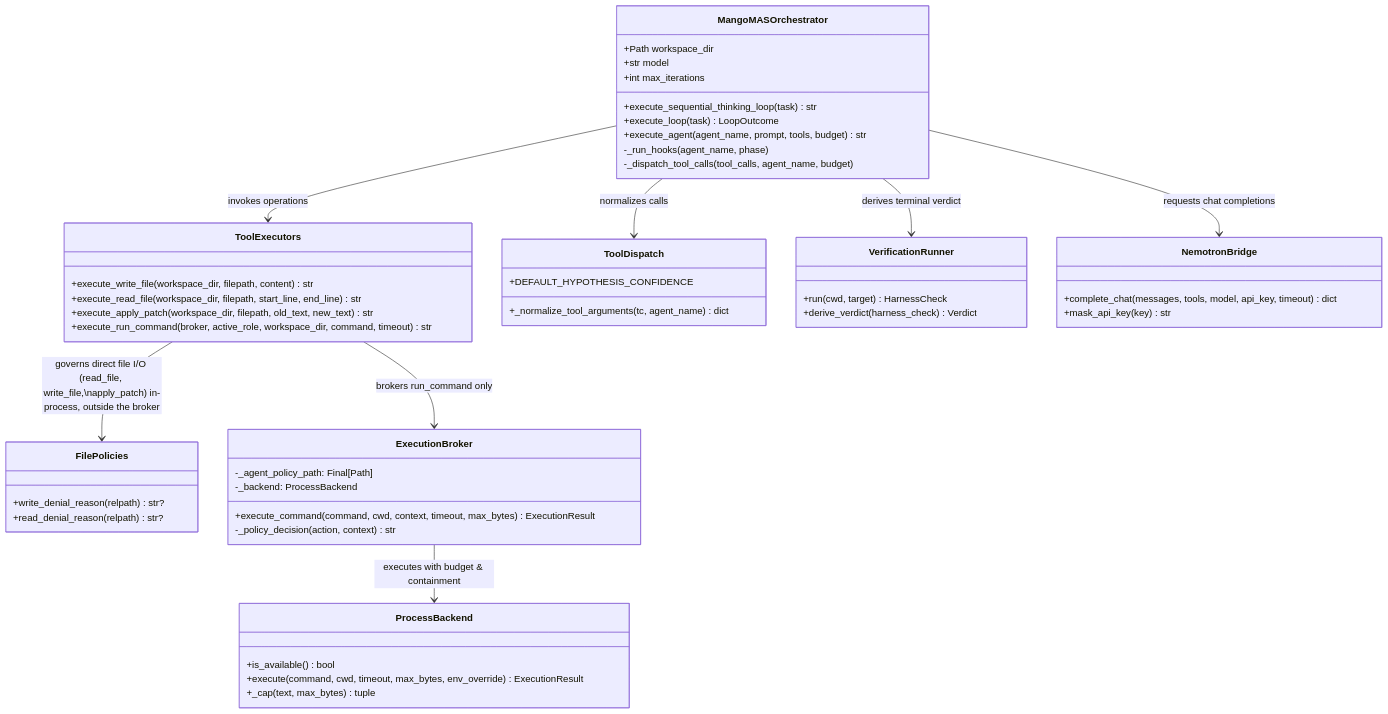
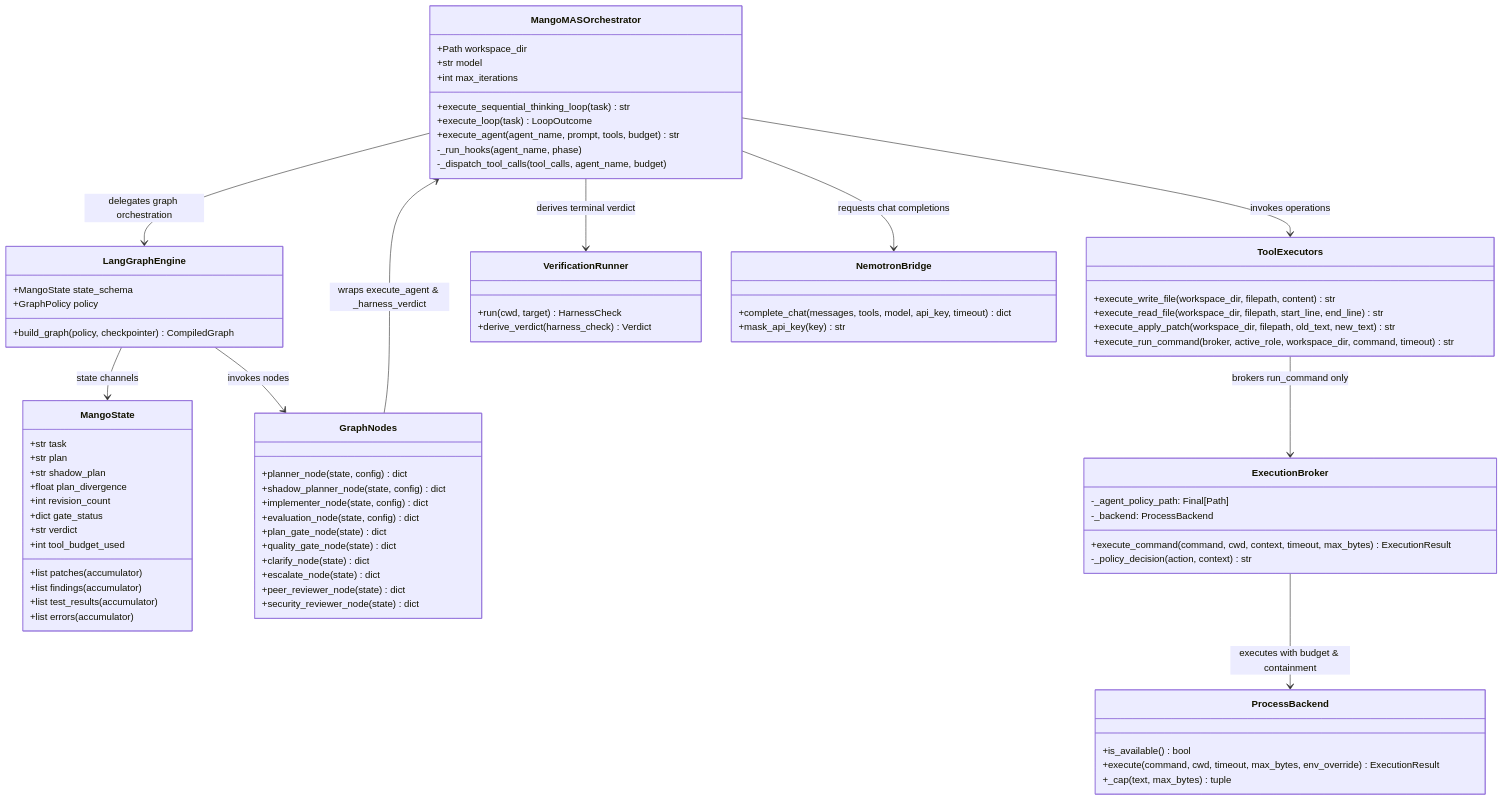
The third of 3 diagrams in docs/architecture/c4_architecture.md (ianshank/Mango_Code_Agent-Harness), drawn with Mermaid before and after one commit. The commit also changed other lines of this file and 27 other files, not shown here.

First line of the commit message:
Add LangGraph StateGraph engine and AQA suite

````diff
--- a/docs/architecture/c4_architecture.md
+++ b/docs/architecture/c4_architecture.md
@@ -112,21 +114,45 @@
         -_dispatch_tool_calls(tool_calls, agent_name, budget)
     }
 
+    class LangGraphEngine {
+        +build_graph(policy, checkpointer) CompiledGraph
+        +MangoState state_schema
+        +GraphPolicy policy
+    }
+
+    class MangoState {
+        +str task
+        +str plan
+        +str shadow_plan
+        +float plan_divergence
+        +int revision_count
+        +dict gate_status
+        +str verdict
+        +int tool_budget_used
+        +list patches (accumulator)
+        +list findings (accumulator)
+        +list test_results (accumulator)
+        +list errors (accumulator)
+    }
+
+    class GraphNodes {
+        +planner_node(state, config) dict
+        +shadow_planner_node(state, config) dict
+        +implementer_node(state, config) dict
+        +evaluation_node(state, config) dict
+        +plan_gate_node(state) dict
+        +quality_gate_node(state) dict
+        +clarify_node(state) dict
+        +escalate_node(state) dict
+        +peer_reviewer_node(state) dict
+        +security_reviewer_node(state) dict
+    }
+
     class ToolExecutors {
         +execute_write_file(workspace_dir, filepath, content) str
         +execute_read_file(workspace_dir, filepath, start_line, end_line) str
         +execute_apply_patch(workspace_dir, filepath, old_text, new_text) str
         +execute_run_command(broker, active_role, workspace_dir, command, timeout) str
-    }
-
-    class FilePolicies {
-        +write_denial_reason(relpath) str?
-        +read_denial_reason(relpath) str?
-    }
-
-    class ToolDispatch {
-        +DEFAULT_HYPOTHESIS_CONFIDENCE
-        +_normalize_tool_arguments(tc, agent_name) dict
     }
 
     class ExecutionBroker {
@@ -152,11 +178,13 @@
         +mask_api_key(key) str
     }
 
-    MangoMASOrchestrator --> ToolDispatch : normalizes calls
+    MangoMASOrchestrator --> LangGraphEngine : delegates graph orchestration
+    LangGraphEngine --> MangoState : state channels
+    LangGraphEngine --> GraphNodes : invokes nodes
+    GraphNodes --> MangoMASOrchestrator : wraps execute_agent & _harness_verdict
     MangoMASOrchestrator --> ToolExecutors : invokes operations
     MangoMASOrchestrator --> NemotronBridge : requests chat completions
     MangoMASOrchestrator --> VerificationRunner : derives terminal verdict
     ToolExecutors --> ExecutionBroker : brokers run_command only
-    ToolExecutors --> FilePolicies : governs direct file I/O (read_file, write_file,\napply_patch) in-process, outside the broker
     ExecutionBroker --> ProcessBackend : executes with budget & containment
 ```
````
